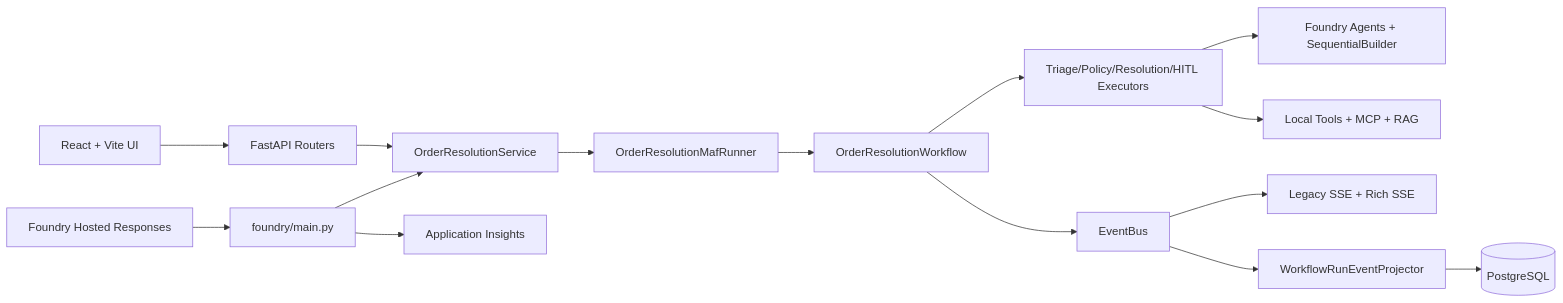
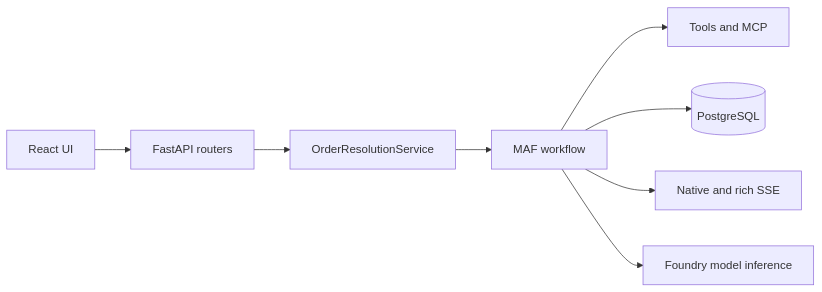
Before and after one commit to ppenumatsa1/maf-order-resolution-agent: the diagram in docs/design/codebase-review.md, drawn with Mermaid. The commit also changed other lines of this file and 29 other files, not shown here.

Commit message:
Complete Azure app-hosted MAF delivery

````diff
--- a/docs/design/codebase-review.md
+++ b/docs/design/codebase-review.md
@@ -11,17 +10,10 @@
 ```mermaid
 flowchart LR
-    UI[React + Vite UI] --> API[FastAPI Routers]
+    UI[React UI] --> API[FastAPI routers]
     API --> SVC[OrderResolutionService]
-    SVC --> RUN[OrderResolutionMafRunner]
-    RUN --> WF[OrderResolutionWorkflow]
-    WF --> EXE[Triage/Policy/Resolution/HITL Executors]
-    EXE --> A[Foundry Agents + SequentialBuilder]
-    EXE --> T[Local Tools + MCP + RAG]
-    WF --> BUS[EventBus]
-    BUS --> SSE[Legacy SSE + Rich SSE]
-    BUS --> PROJ[WorkflowRunEventProjector]
-    PROJ --> PG[(PostgreSQL)]
-    FND[Foundry Hosted Responses] --> FM[foundry/main.py]
-    FM --> SVC
-    FM --> AI[Application Insights]
+    SVC --> MAF[MAF workflow]
+    MAF --> TOOLS[Tools and MCP]
+    MAF --> PG[(PostgreSQL)]
+    MAF --> SSE[Native and rich SSE]
+    MAF --> MODEL[Foundry model inference]
 ```
````
